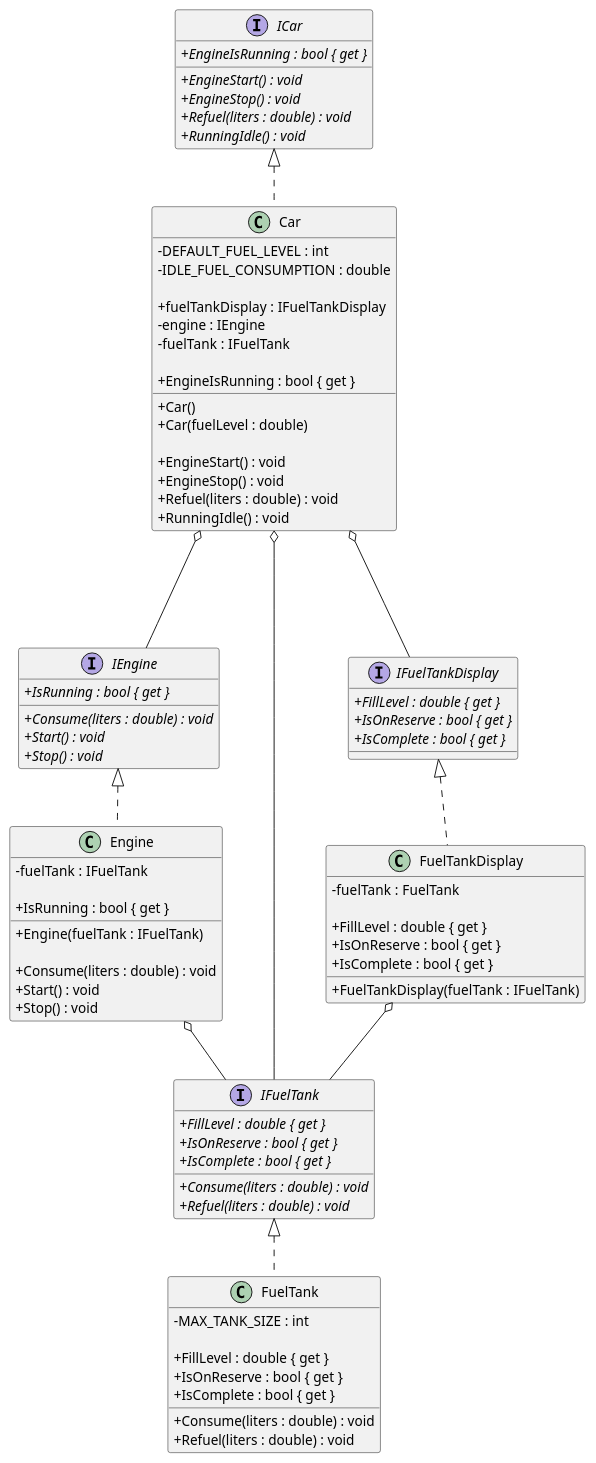
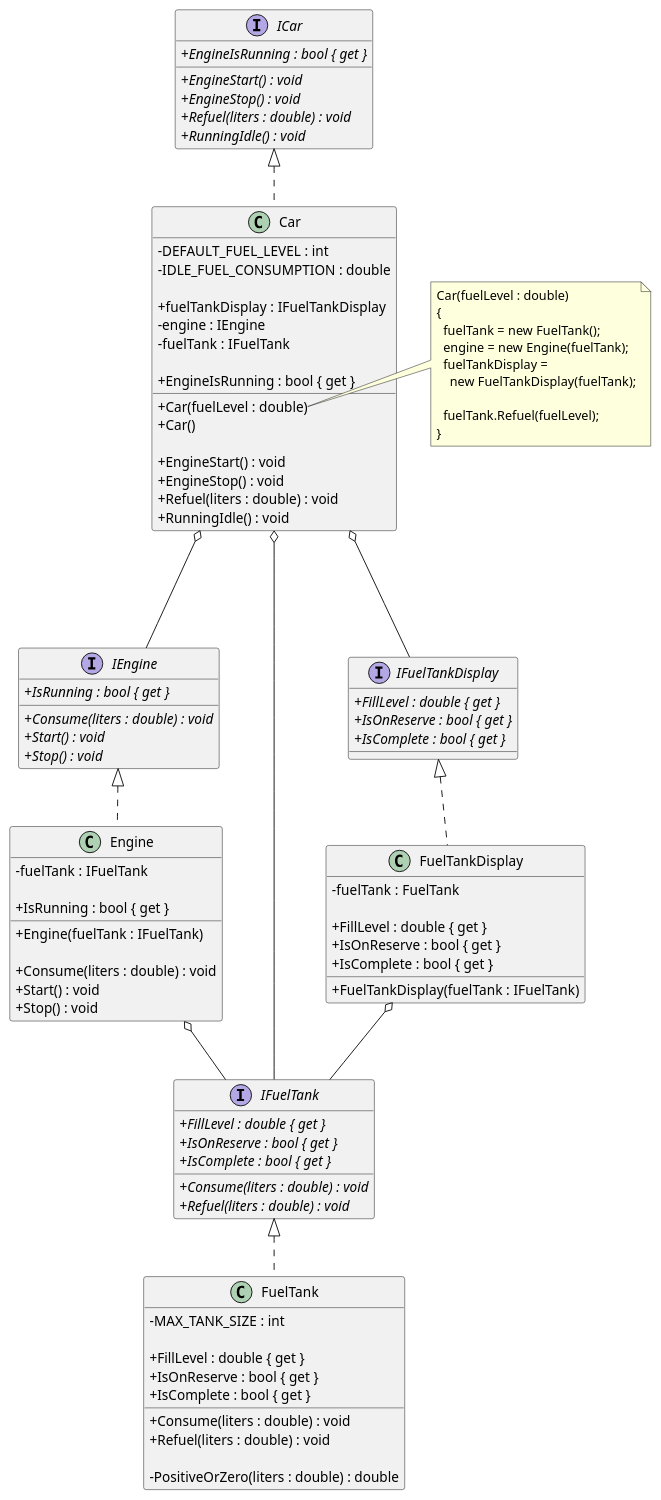
The diagram in puml/EngineAndFuelTank.puml (iamfranco/EngineAndFuelTankKata), drawn with PlantUML before and after one commit. The commit also changed 1 other file, not shown here.

Commit message:
UML add private PositiveOrZero method, and add note for newing ups

```diff
--- a/puml/EngineAndFuelTank.puml
+++ b/puml/EngineAndFuelTank.puml
@@ -1,106 +1,121 @@
 @startuml "Engine And Fuel Tank"
 skinparam classAttributeIconSize 0
 
 interface ICar
 {
   + //EngineIsRunning : bool { get }//
   + //EngineStart() : void//
   + //EngineStop() : void//
   + //Refuel(liters : double) : void//
   + //RunningIdle() : void//
 }
 
 interface IEngine
 {
   + //IsRunning : bool { get }//
   + //Consume(liters : double) : void//
   + //Start() : void//
   + //Stop() : void//
 }
 
 interface IFuelTank
 {
   + //FillLevel : double { get }//
   + //IsOnReserve : bool { get }//
   + //IsComplete : bool { get }//
   + //Consume(liters : double) : void//
   + //Refuel(liters : double) : void//
 }
 
 interface IFuelTankDisplay
 {
   + //FillLevel : double { get }//
   + //IsOnReserve : bool { get }//
   + //IsComplete : bool { get }//
 }
 
 class Car
 {
   - DEFAULT_FUEL_LEVEL : int
   - IDLE_FUEL_CONSUMPTION : double
 
   + fuelTankDisplay : IFuelTankDisplay
   - engine : IEngine
   - fuelTank : IFuelTank
 
   + EngineIsRunning : bool { get }
 
+  + Car(fuelLevel : double)
   + Car()
-  + Car(fuelLevel : double)
 
   + EngineStart() : void
   + EngineStop() : void
   + Refuel(liters : double) : void
   + RunningIdle() : void
 }
 
 class Engine
 {
   - fuelTank : IFuelTank
 
   + IsRunning : bool { get }
 
   + Engine(fuelTank : IFuelTank)
 
   + Consume(liters : double) : void
   + Start() : void
   + Stop() : void
 }
 
 class FuelTank
 {
   - MAX_TANK_SIZE : int
 
   + FillLevel : double { get }
   + IsOnReserve : bool { get }
   + IsComplete : bool { get }
 
   + Consume(liters : double) : void
   + Refuel(liters : double) : void
+
+  - PositiveOrZero(liters : double) : double
 }
 
 class FuelTankDisplay
 {
   - fuelTank : FuelTank
 
   + FillLevel : double { get }
   + IsOnReserve : bool { get }
   + IsComplete : bool { get }
 
   + FuelTankDisplay(fuelTank : IFuelTank)
 } 
 
 ICar <|.. Car
 Car o--- IFuelTankDisplay
 Car o--- IEngine
 Car o--- IFuelTank
 
 IEngine <|.. Engine
 Engine o-- IFuelTank
 
 IFuelTank <|.. FuelTank
 
 IFuelTankDisplay <|.. FuelTankDisplay
 FuelTankDisplay o-- IFuelTank
 
+note right of Car::Car
+Car(fuelLevel : double)
+{
+  fuelTank = new FuelTank();
+  engine = new Engine(fuelTank);
+  fuelTankDisplay = 
+    new FuelTankDisplay(fuelTank);
+
+  fuelTank.Refuel(fuelLevel);
+}
+end note
+
+
 @enduml
```
